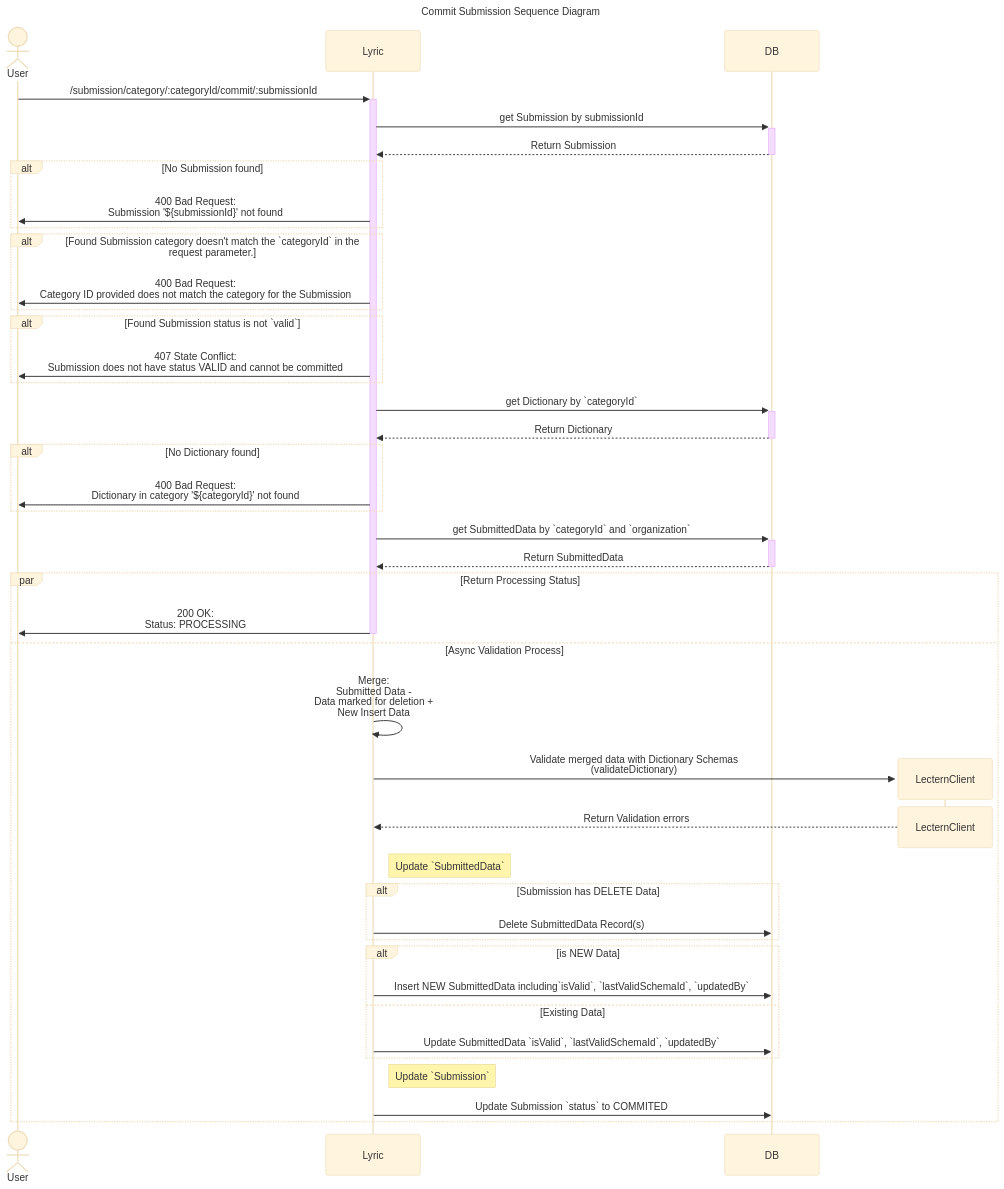
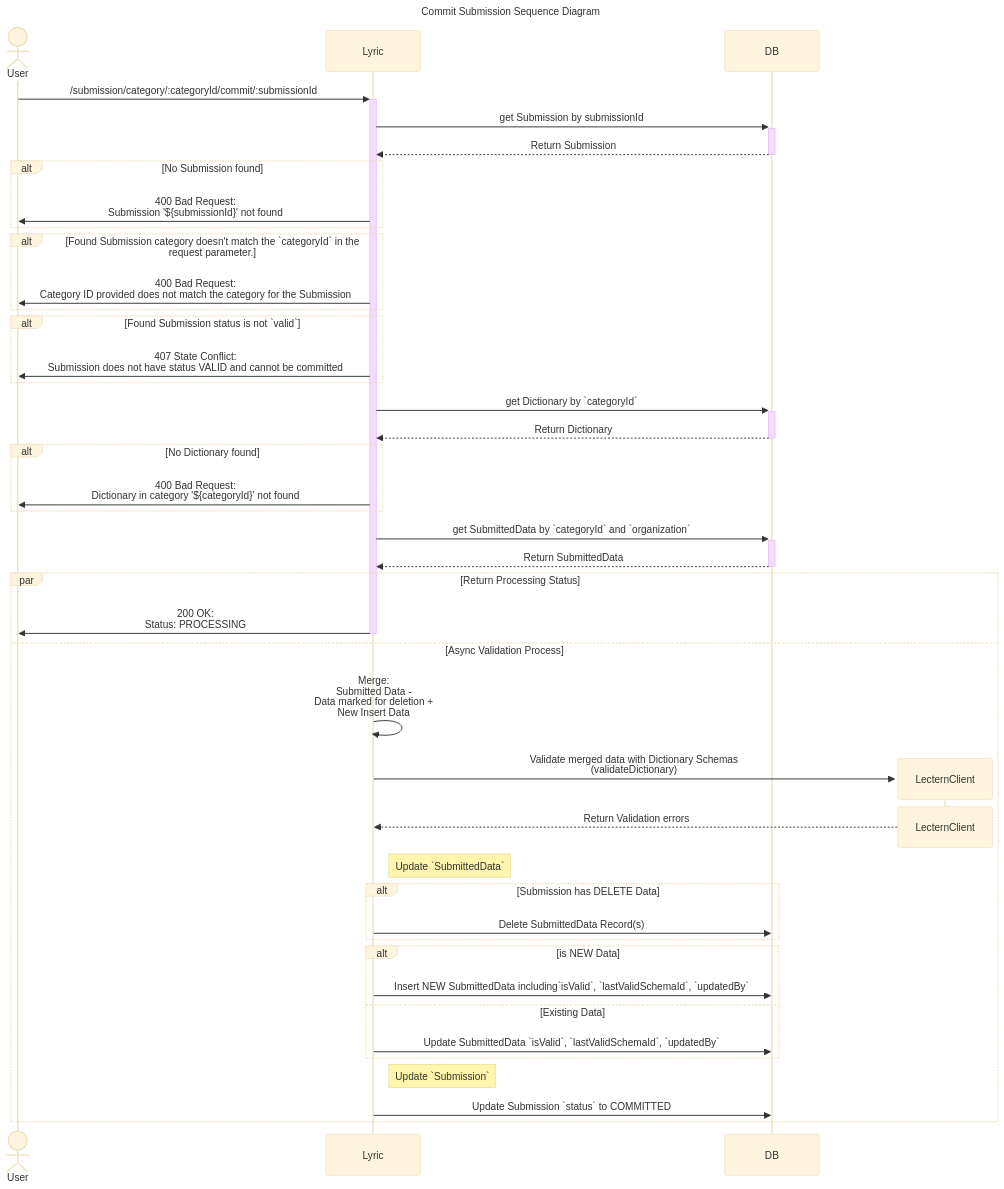
The diagram in packages/data-model/docs/submissionCommit.md (overture-stack/lyric), drawn with Mermaid (base theme) before and after one commit. The commit also changed 13 other files, not shown here.

````diff
--- a/packages/data-model/docs/submissionCommit.md
+++ b/packages/data-model/docs/submissionCommit.md
@@ -1,65 +1,65 @@
 ```mermaid
 ---
 title: Commit Submission Sequence Diagram
 ---
 sequenceDiagram
     actor User
 
     User->>+Lyric: /submission/category/:categoryId/commit/:submissionId
     Lyric->>+DB: get Submission by submissionId
     DB-->>-Lyric: Return Submission
 
     alt No Submission found
         Lyric->>User: 400 Bad Request:<br />Submission '${submissionId}' not found
     end
 
     alt Found Submission category doesn't match the `categoryId` in the request parameter.
         Lyric->>User: 400 Bad Request:<br />Category ID provided does not match the category for the Submission
     end
 
     alt Found Submission status is not `valid`
         Lyric->>User: 407 State Conflict:<br />Submission does not have status VALID and cannot be committed
     end
 
     Lyric->>+DB: get Dictionary by `categoryId`
     DB-->>-Lyric: Return Dictionary
 
     alt No Dictionary found
         Lyric->>User: 400 Bad Request:<br />Dictionary in category '${categoryId}' not found
     end
 
     Lyric->>+DB: get SubmittedData by `categoryId` and `organization`
     DB-->>-Lyric: Return SubmittedData
 
     par Return Processing Status
 
         Lyric->>-User: 200 OK:<br />Status: PROCESSING
 
     and Async Validation Process
         
         Lyric->>Lyric: Merge:<br />Submitted Data -<br />Data marked for deletion +<br />New Insert Data
 
         create participant LecternClient
 
         Lyric->>LecternClient: Validate merged data with Dictionary Schemas <br />(validateDictionary)
         destroy LecternClient
         LecternClient-->>Lyric: Return Validation errors
 
         note right of Lyric: Update `SubmittedData`
 
         alt Submission has DELETE Data
             Lyric->>DB: Delete SubmittedData Record(s)
         end
 
         alt is NEW Data
             Lyric->>DB: Insert NEW SubmittedData including`isValid`, `lastValidSchemaId`, `updatedBy`
         else Existing Data
             Lyric->>DB: Update SubmittedData `isValid`, `lastValidSchemaId`, `updatedBy`
         end
 
         note right of Lyric: Update `Submission`
 
-         Lyric->>DB: Update Submission `status` to COMMITED
+         Lyric->>DB: Update Submission `status` to COMMITTED
     end
 
 ```
````
